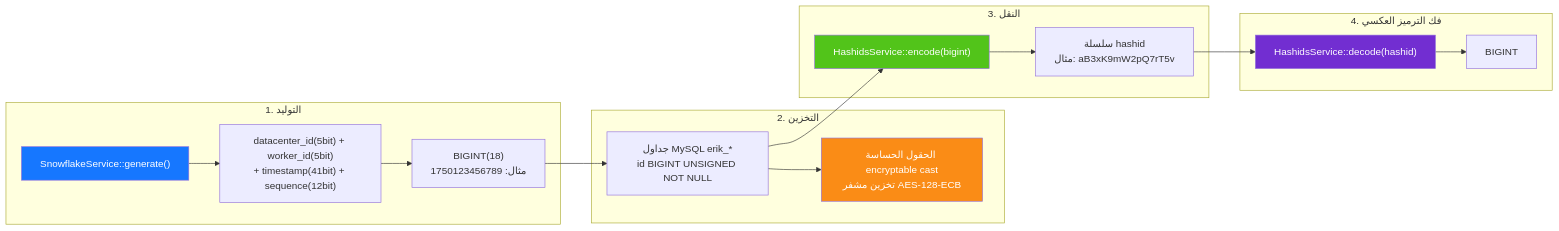
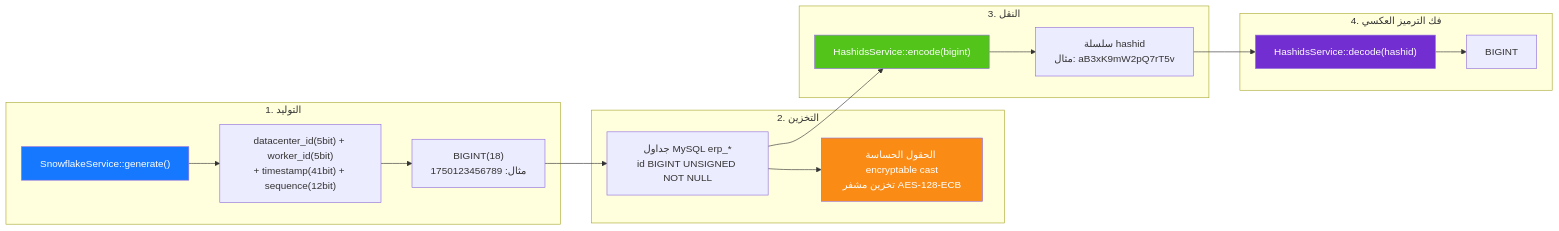
Before and after one commit to erikwang2013/erp-php: the diagram in docs/i18n/ar/diagrams/06-id-lifecycle.md, drawn with Mermaid. The commit also changed 449 other files, not shown here.

First line of the commit message:
全局命名统一：数据库 erp、表前缀 erp_、Redis 前缀 erp:（原 erik_/open_admin）

````diff
--- a/docs/i18n/ar/diagrams/06-id-lifecycle.md
+++ b/docs/i18n/ar/diagrams/06-id-lifecycle.md
@@ -3,32 +3,32 @@
 ```mermaid
 flowchart LR
     subgraph gen["1. التوليد"]
         g1["SnowflakeService::generate()"]
         g2["datacenter_id(5bit) + worker_id(5bit)<br/>+ timestamp(41bit) + sequence(12bit)"]
         g3["BIGINT(18)<br/>مثال: 1750123456789"]
         g1 --> g2 --> g3
     end
 
     subgraph store["2. التخزين"]
-        s1["جداول MySQL erik_*<br/>id BIGINT UNSIGNED NOT NULL"]
+        s1["جداول MySQL erp_*<br/>id BIGINT UNSIGNED NOT NULL"]
         s2["الحقول الحساسة encryptable cast<br/>تخزين مشفر AES-128-ECB"]
         g3 --> s1 --> s2
     end
 
     subgraph transfer["3. النقل"]
         t1["HashidsService::encode(bigint)"]
         t2["سلسلة hashid<br/>مثال: aB3xK9mW2pQ7rT5v"]
         s1 --> t1 --> t2
     end
 
     subgraph reverse["4. فك الترميز العكسي"]
         r1["HashidsService::decode(hashid)"]
         r2["BIGINT"]
         t2 --> r1 --> r2
     end
 
     style g1 fill:#1677FF,color:#fff
     style s2 fill:#FA8C16,color:#fff
     style t1 fill:#52C41A,color:#fff
     style r1 fill:#722ED1,color:#fff
 ```
````
